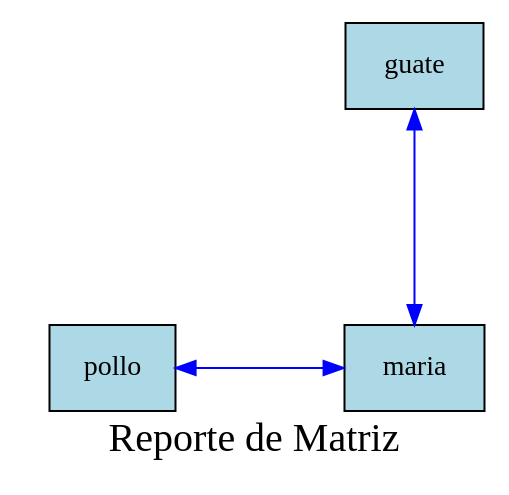
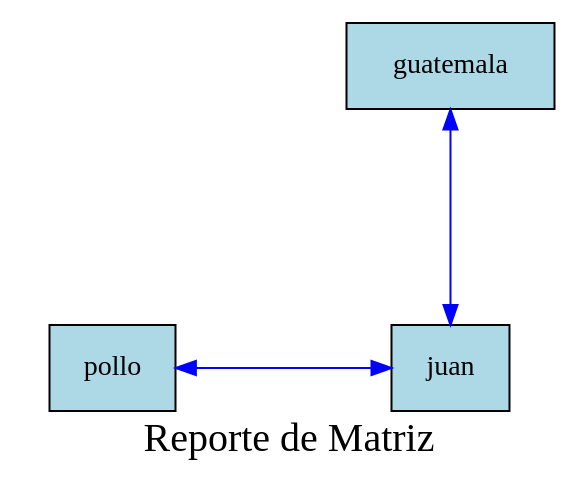
Before and after one commit to Ennero/EDD_Proyecto1_Vacas2_202302220: the diagram in Proyecto1/cmake-build-debug/reporteMatriz.dot, drawn with Graphviz. The commit also changed 14 other files, not shown here.

```diff
--- a/Proyecto1/cmake-build-debug/reporteMatriz.dot
+++ b/Proyecto1/cmake-build-debug/reporteMatriz.dot
@@ -1,14 +1,14 @@
 digraph G {
  rankdir=TB;
  node [shape=box, style=filled, fillcolor=lightblue, margin=0.2];
 edge [style=solid, color=blue];
  graph [ranksep=1.5, nodesep=1];
 graph [label="Reporte de Matriz", fontsize=20, fontcolor=black];
     invisible_[label="invisible"style=invis];
-    invisible_-> nodo_2769102397552 [style=invis];
-    nodo_2769102397552 [label="pollo"style=filled, fillcolor=lightblue];
-    nodo_2769102397552 -> nodo_2769102398704 [dir=both,constraint=false];
-    nodo_2769102397200 [label="guate"style=filled, fillcolor=lightblue];
-    nodo_2769102397200 -> nodo_2769102398704 [dir=both];
-    nodo_2769102398704 [label="maria"style=filled, fillcolor=lightblue];
+    invisible_-> nodo_2058936999920 [style=invis];
+    nodo_2058936999920 [label="pollo"style=filled, fillcolor=lightblue];
+    nodo_2058936999920 -> nodo_2058937000848 [dir=both,constraint=false];
+    nodo_2058936999568 [label="guatemala"style=filled, fillcolor=lightblue];
+    nodo_2058936999568 -> nodo_2058937000848 [dir=both];
+    nodo_2058937000848 [label="juan"style=filled, fillcolor=lightblue];
 }
```
